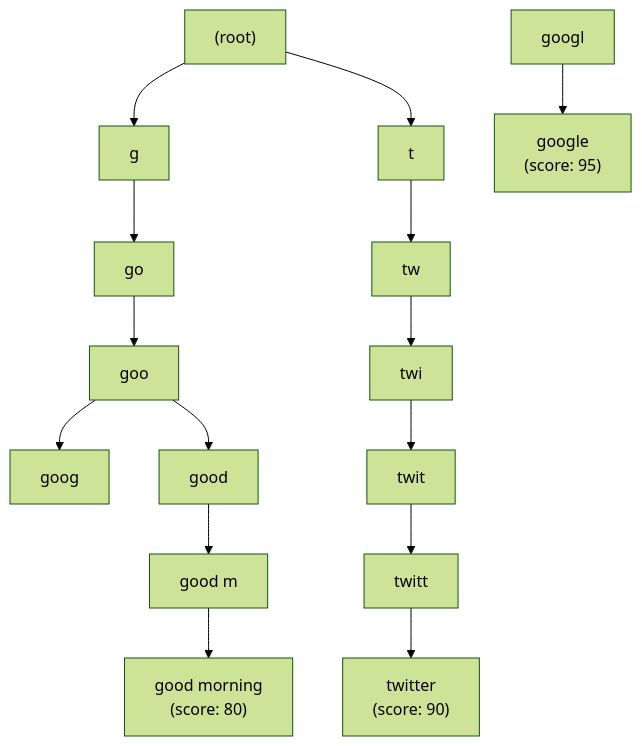
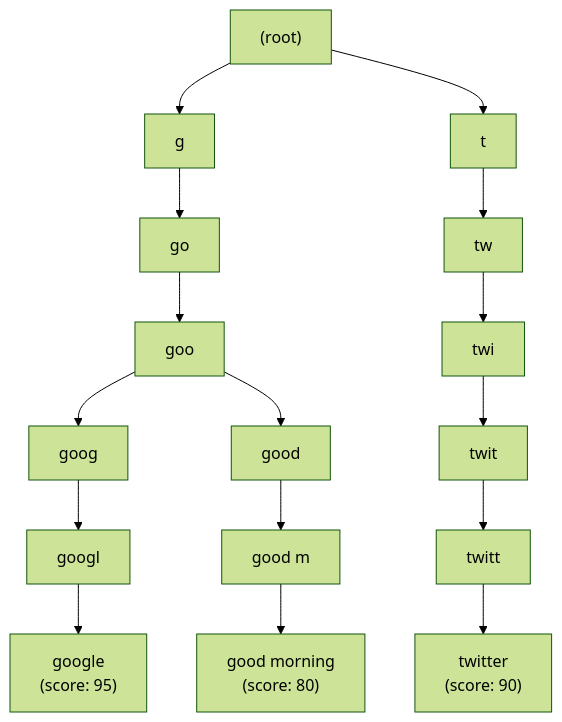
The second of 5 diagrams in src/interview/system-design/typeahead.md (vanos001/placement_prep), drawn with Mermaid (forest theme) before and after one commit. The commit also changed 153 other files, not shown here.

````diff
--- a/src/interview/system-design/typeahead.md
+++ b/src/interview/system-design/typeahead.md
@@ -64,17 +64,18 @@
 ```mermaid
 graph TB
     Root["(root)"] --> G["g"]
     Root --> T["t"]
     G --> Go["go"]
     Go --> Goo["goo"]
     Goo --> Goog["goog"]
-    Googl["googl"] --> Google["google<br/>(score: 95)"]
+    Goog --> Googl["googl"]
+    Googl --> Google["google<br/>(score: 95)"]
     Goo --> Good["good"]
     Good --> GoodM["good m"]
     GoodM --> GoodMorning["good morning<br/>(score: 80)"]
     T --> Tw["tw"]
     Tw --> Twi["twi"]
     Twi --> Twit["twit"]
     Twit --> Twitt["twitt"]
     Twitt --> Twitter["twitter<br/>(score: 90)"]
 ```
````
